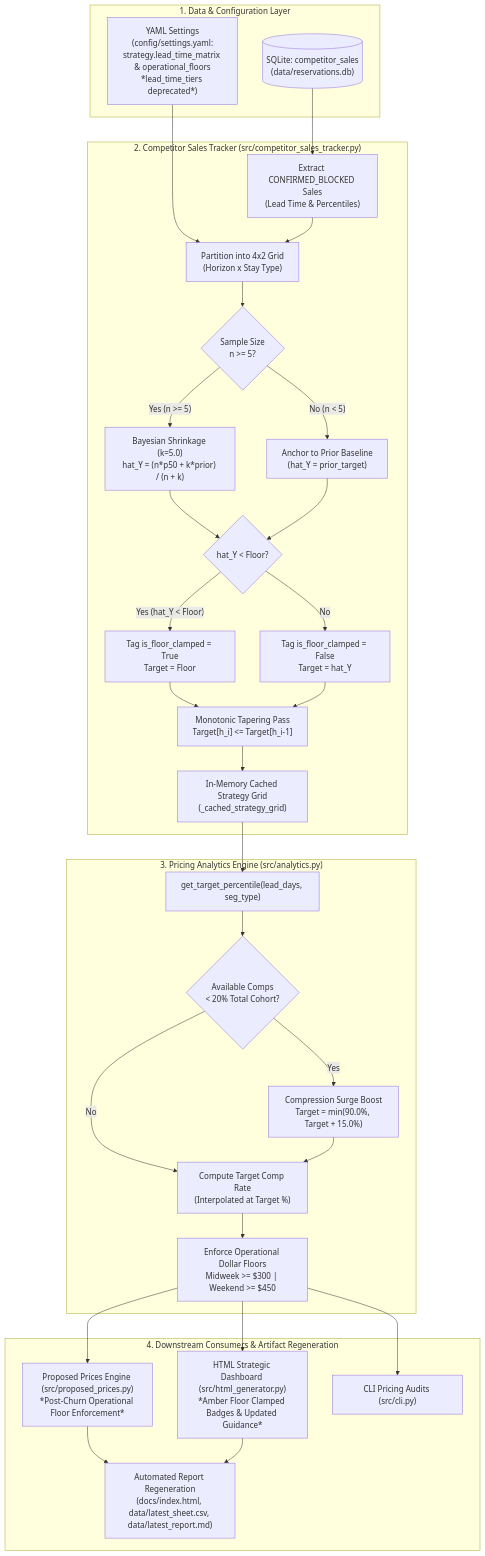
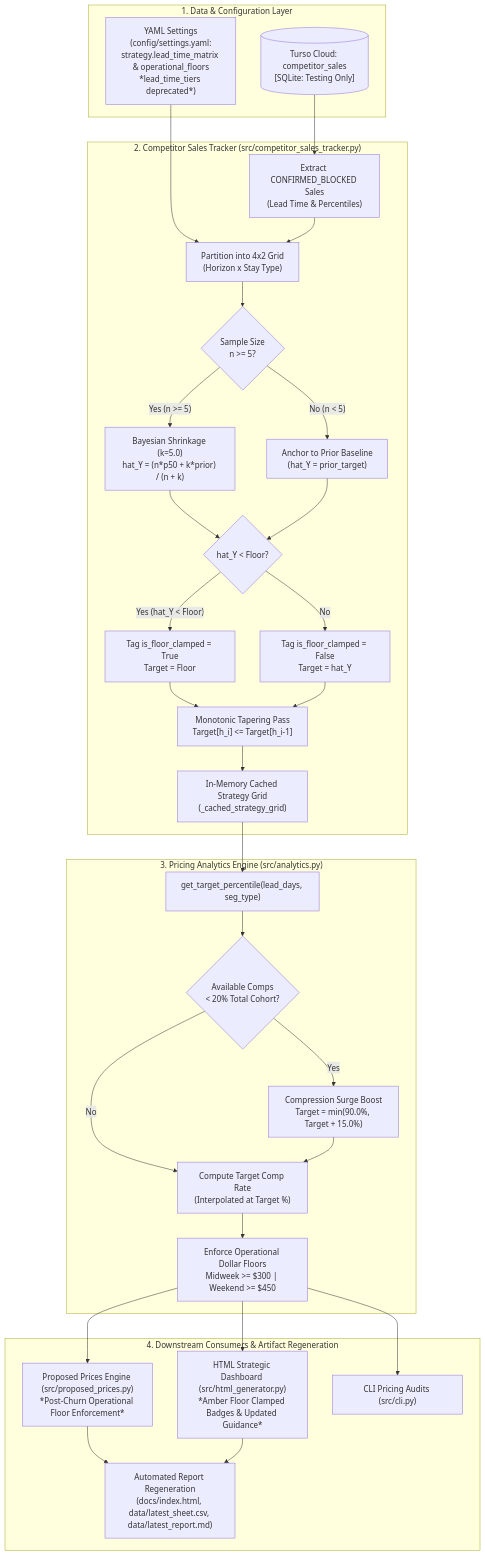
Before and after one commit to ivanpenkov/str-price-advisor: the diagram in docs/nightly_rate_targets_design.md, drawn with Mermaid. The commit also changed other lines of this file and 27 other files, not shown here.

Commit message:
Migrate storage to Turso Cloud (LibSQL) and implement Operational Role Separation

````diff
--- a/docs/nightly_rate_targets_design.md
+++ b/docs/nightly_rate_targets_design.md
@@ -19,60 +19,60 @@
 ```mermaid
 flowchart TD
     subgraph Storage ["1. Data & Configuration Layer"]
-        DB[("SQLite: competitor_sales<br/>(data/reservations.db)")]
+        DB[("Turso Cloud: competitor_sales<br/>[SQLite: Testing Only]")]
         YAML["YAML Settings<br/>(config/settings.yaml:<br/>strategy.lead_time_matrix & operational_floors<br/>*lead_time_tiers deprecated*)"]
     end
 
     subgraph Tracker ["2. Competitor Sales Tracker (src/competitor_sales_tracker.py)"]
         LoadSales["Extract CONFIRMED_BLOCKED Sales<br/>(Lead Time & Percentiles)"]
         Partition["Partition into 4x2 Grid<br/>(Horizon x Stay Type)"]
         SampleGate{"Sample Size<br/>n >= 5?"}
         Bayes["Bayesian Shrinkage (k=5.0)<br/>hat_Y = (n*p50 + k*prior) / (n + k)"]
         PriorOnly["Anchor to Prior Baseline<br/>(hat_Y = prior_target)"]
         ClampCheck{"hat_Y < Floor?"}
         TagClamped["Tag is_floor_clamped = True<br/>Target = Floor"]
         TagNormal["Tag is_floor_clamped = False<br/>Target = hat_Y"]
         MonoTaper["Monotonic Tapering Pass<br/>Target[h_i] <= Target[h_i-1]"]
         Cache["In-Memory Cached Strategy Grid<br/>(_cached_strategy_grid)"]
     end
 
     subgraph Analytics ["3. Pricing Analytics Engine (src/analytics.py)"]
         GetTarget["get_target_percentile(lead_days, seg_type)"]
         ScarcityCheck{"Available Comps<br/>< 20% Total Cohort?"}
         SurgeBoost["Compression Surge Boost<br/>Target = min(90.0%, Target + 15.0%)"]
         CalcCompRate["Compute Target Comp Rate<br/>(Interpolated at Target %)"]
         DollarFloor["Enforce Operational Dollar Floors<br/>Midweek >= $300 | Weekend >= $450"]
     end
 
     subgraph Output ["4. Downstream Consumers & Artifact Regeneration"]
         Proposed["Proposed Prices Engine (src/proposed_prices.py)<br/>*Post-Churn Operational Floor Enforcement*"]
         HTML["HTML Strategic Dashboard (src/html_generator.py)<br/>*Amber Floor Clamped Badges & Updated Guidance*"]
         CLI["CLI Pricing Audits (src/cli.py)"]
         Reports["Automated Report Regeneration<br/>(docs/index.html, data/latest_sheet.csv, data/latest_report.md)"]
     end
 
     DB --> LoadSales
     YAML --> Partition
     LoadSales --> Partition
     Partition --> SampleGate
     SampleGate -- "Yes (n >= 5)" --> Bayes
     SampleGate -- "No (n < 5)" --> PriorOnly
     Bayes --> ClampCheck
     PriorOnly --> ClampCheck
     ClampCheck -- "Yes (hat_Y < Floor)" --> TagClamped
     ClampCheck -- "No" --> TagNormal
     TagClamped --> MonoTaper
     TagNormal --> MonoTaper
     MonoTaper --> Cache
     Cache --> GetTarget
     GetTarget --> ScarcityCheck
     ScarcityCheck -- "Yes" --> SurgeBoost
     ScarcityCheck -- "No" --> CalcCompRate
     SurgeBoost --> CalcCompRate
     CalcCompRate --> DollarFloor
     DollarFloor --> Proposed
     DollarFloor --> HTML
     DollarFloor --> CLI
     Proposed --> Reports
     HTML --> Reports
 ```
````
